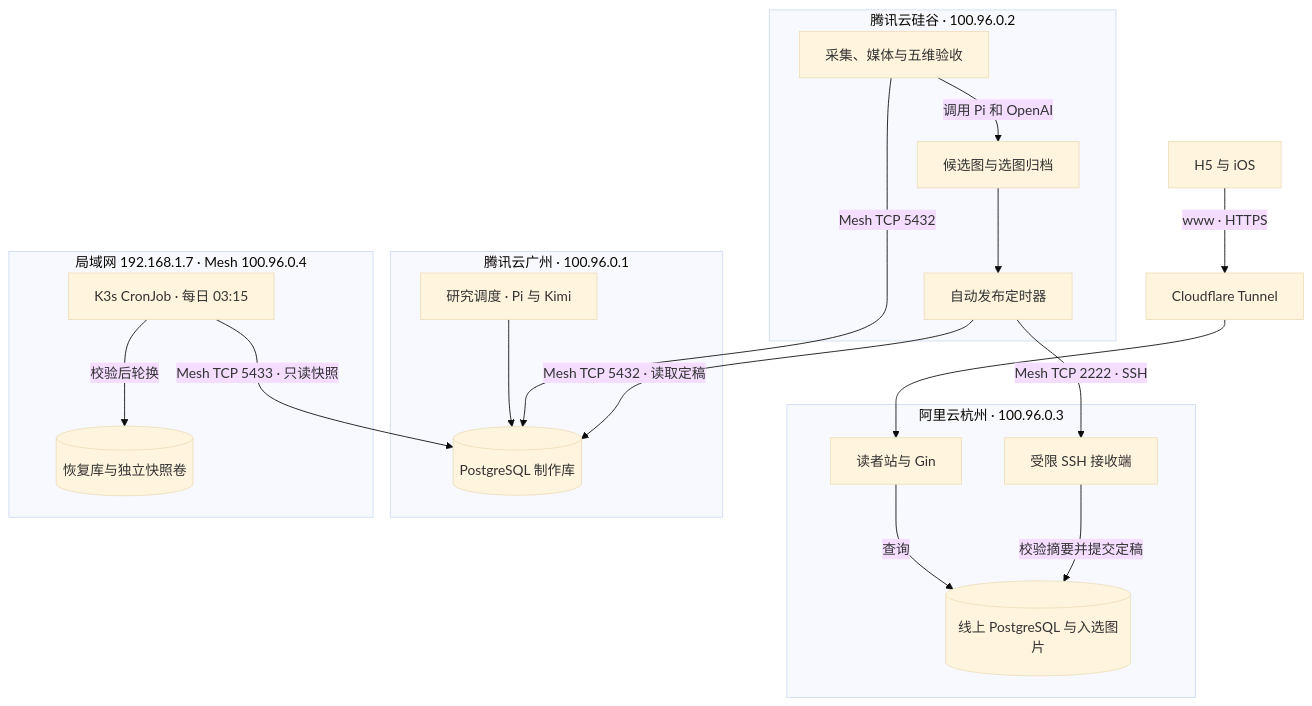
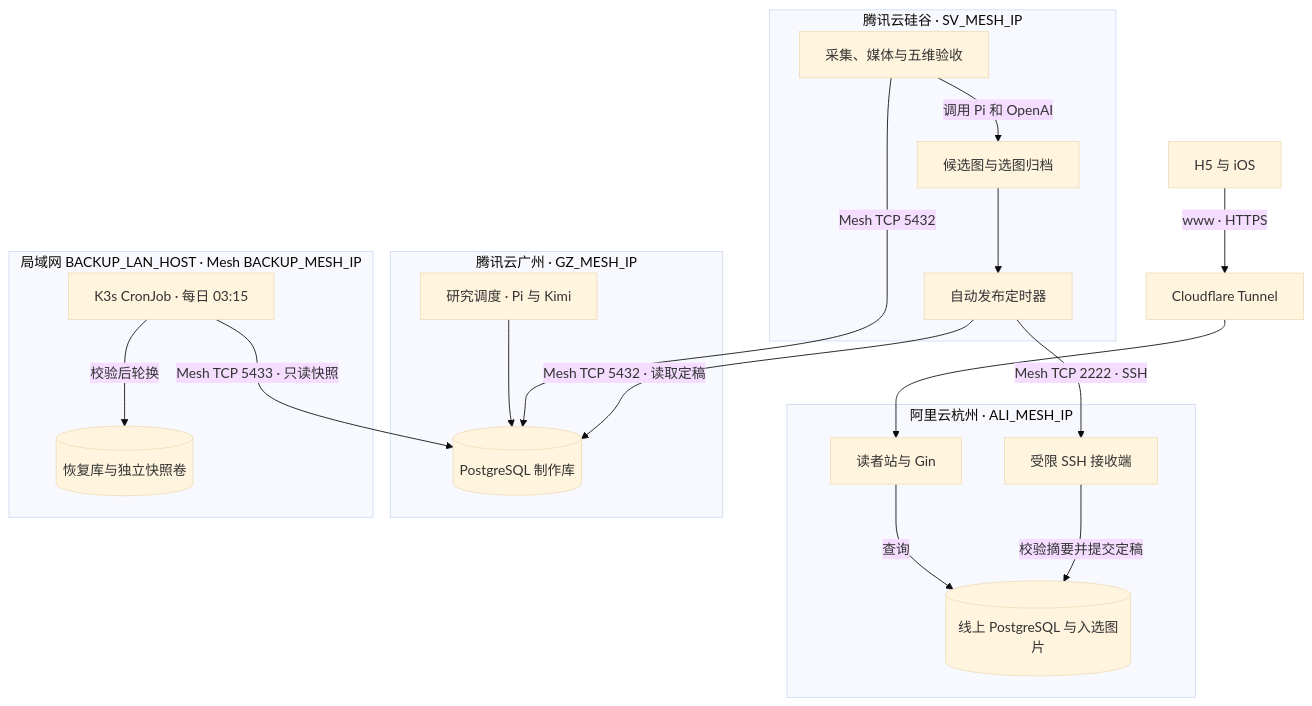
The diagram in docs/diagrams/deployment.mmd (bluedao10000/player), drawn with Mermaid (base theme) before and after one commit. The commit also changed 845 other files, not shown here.

Commit message:
Separate deployment templates, sync operations, migrations and private data

```diff
--- a/docs/diagrams/deployment.mmd
+++ b/docs/diagrams/deployment.mmd
@@ -1,33 +1,33 @@
 flowchart TB
     reader["H5 与 iOS"] -->|www · HTTPS| edge["Cloudflare Tunnel"]
-    subgraph ali["阿里云杭州 · 100.96.0.3"]
+    subgraph ali["阿里云杭州 · ALI_MESH_IP"]
       site["读者站与 Gin"] -->|查询| online[("线上 PostgreSQL 与入选图片")]
       receive["受限 SSH 接收端"] -->|校验摘要并提交定稿| online
     end
     edge --> site
-    subgraph gz["腾讯云广州 · 100.96.0.1"]
+    subgraph gz["腾讯云广州 · GZ_MESH_IP"]
       text["研究调度 · Pi 与 Kimi"] --> pg[("PostgreSQL 制作库")]
     end
-    subgraph sv["腾讯云硅谷 · 100.96.0.2"]
+    subgraph sv["腾讯云硅谷 · SV_MESH_IP"]
       media["采集、媒体与五维验收"] -->|调用 Pi 和 OpenAI| archive["候选图与选图归档"]
       archive --> push["自动发布定时器"]
     end
     media -->|Mesh TCP 5432| pg
     push -->|Mesh TCP 5432 · 读取定稿| pg
     push -->|Mesh TCP 2222 · SSH| receive
-    subgraph lan["局域网 192.168.1.7 · Mesh 100.96.0.4"]
+    subgraph lan["局域网 BACKUP_LAN_HOST · Mesh BACKUP_MESH_IP"]
       cron["K3s CronJob · 每日 03:15"] -->|校验后轮换| copy[("恢复库与独立快照卷")]
     end
     cron -->|Mesh TCP 5433 · 只读快照| pg
 %% reader | H5 和原生阅读器沿用公开作品、章节和场景链接。 | apps/ios/Folio/Reading.swift
-%% edge | 正式站使用独立公网隧道承接读者 HTTPS 请求。 | deploy/player-tunnel.service
+%% edge | 正式站使用独立公网隧道承接读者 HTTPS 请求。 | deploy/cloudflare/player-tunnel.service
 %% site | TanStack 和 Gin 提供网页及原生阅读数据。 | apps/ios/server/reader.server.ts
-%% online | 线上读者查询自己的数据库和归档。每集有唯一投递回执。 | deploy/reader-release/receiver.sql
-%% receive | 发布专用公钥受来源地址和强制命令约束。接收器事务写入章节。 | deploy/reader-release/receive.sh
+%% online | 线上读者查询自己的数据库和归档。每集有唯一投递回执。 | apps/sync/ops/reader-release/receiver.psql
+%% receive | 发布专用公钥受来源地址和强制命令约束。接收器事务写入章节。 | apps/sync/ops/reader-release/receive.sh
 %% text | 广州负责选题准入、文本取证、写作与复核。 | apps/sync/internal/service/scheduler/production.go
-%% pg | 制作库保存来源、任务、验收、发布历史及模型计量。 | database/migrations/legacy
-%% media | 专用数据角色通过本地 Unix socket 使用共享制作库。 | deploy/first-phase/mesh/compose.yaml
+%% pg | 制作库保存来源、任务、验收、发布历史及模型计量。 | database/migrations/init.sql
+%% media | 专用数据角色通过本地 Unix socket 使用共享制作库。 | deploy/cloudflare/mesh/compose.yaml
 %% archive | 硅谷保管候选原图及公开衍生图。 | apps/agent/src/media.ts
 %% push | 选择显式登记且五维通过的分集，投递后检查 H5 和原生阅读接口。 | apps/sync/cmd/reader-release/send.go
 %% cron | 03:15 为北京时间。备份任务使用主机上的受限 socket，只读访问广州。 | deploy/pg-backup/resources.yaml
 %% copy | K3s 本地磁盘保留七份成功备份，独立 PostgreSQL 保存最近恢复的数据库。 | deploy/pg-backup/backup.sh
```
